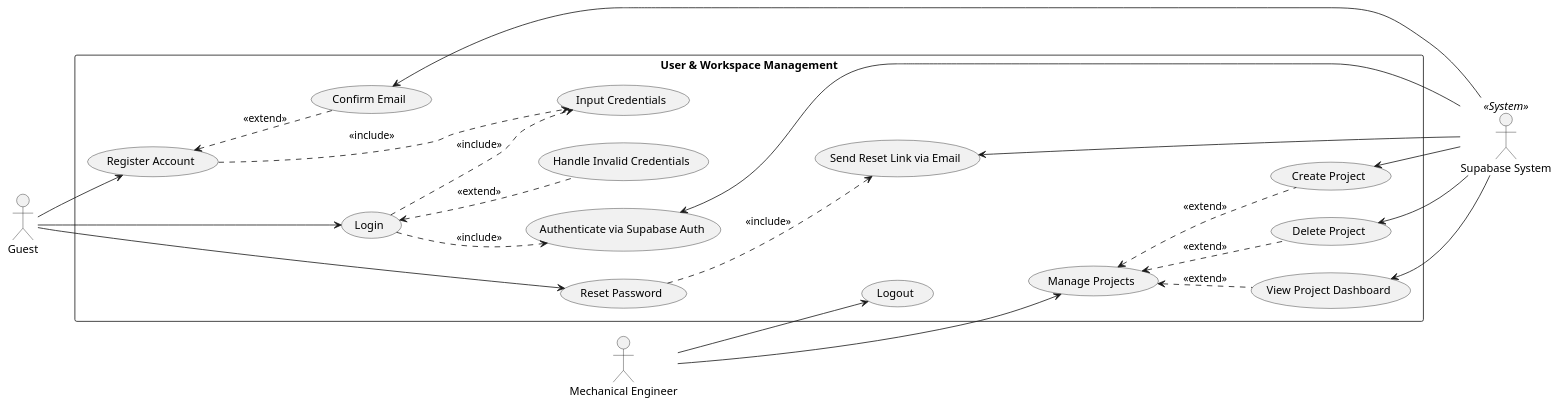
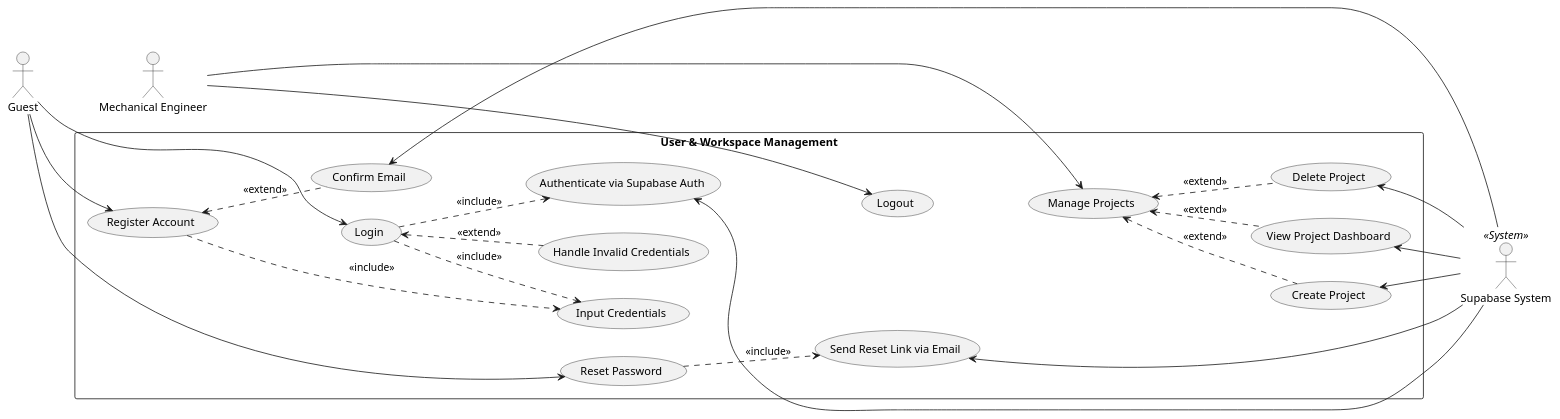
The diagram in docs/uml/uc_user.puml (dvydinh/mechdrive), drawn with PlantUML before and after one commit. The commit also changed 3 other files, not shown here.

```diff
--- a/docs/uml/uc_user.puml
+++ b/docs/uml/uc_user.puml
@@ -1,60 +1,64 @@
 @startuml
 left to right direction
 skinparam packageStyle rectangle
 
-actor "Guest" as guest
-actor "Mechanical Engineer" as eng
+together {
+  actor "Guest" as guest
+  actor "Mechanical Engineer" as eng
+}
 actor "Supabase System" as supa << System >>
 
 package "User & Workspace Management" {
   usecase "Register Account" as UC1
   usecase "Input Credentials" as UC1_1
   usecase "Confirm Email" as UC1_3
   
   usecase "Login" as UC2
   usecase "Authenticate via Supabase Auth" as UC2_1
   usecase "Handle Invalid Credentials" as UC2_2
   
   usecase "Reset Password" as UC3
   usecase "Send Reset Link via Email" as UC3_1
   
   usecase "Logout" as UC6
   
   usecase "Manage Projects" as UC4
   usecase "Create Project" as UC4_1
   usecase "Delete Project" as UC4_3
   usecase "View Project Dashboard" as UC4_4
 }
 
 UC1 -[hidden]down-> UC2
 UC2 -[hidden]down-> UC3
 UC3 -[hidden]down-> UC6
 UC6 -[hidden]down-> UC4
+
+guest -[hidden]down-> eng
 
 guest --> UC1
 UC1 ..> UC1_1 : <<include>>
 UC1 <.. UC1_3 : <<extend>>
 
 guest --> UC2
 UC2 ..> UC1_1 : <<include>>
 UC2 ..> UC2_1 : <<include>>
 UC2 <.. UC2_2 : <<extend>>
 
 guest --> UC3
 UC3 ..> UC3_1 : <<include>>
 
 eng --> UC6
 
 eng --> UC4
 UC4 <.. UC4_1 : <<extend>>
 UC4 <.. UC4_3 : <<extend>>
 UC4 <.. UC4_4 : <<extend>>
 
 UC1_3 <-- supa
 UC2_1 <-- supa
 UC3_1 <-- supa
 UC4_1 <-- supa
 UC4_3 <-- supa
 UC4_4 <-- supa
 
 @enduml
```
